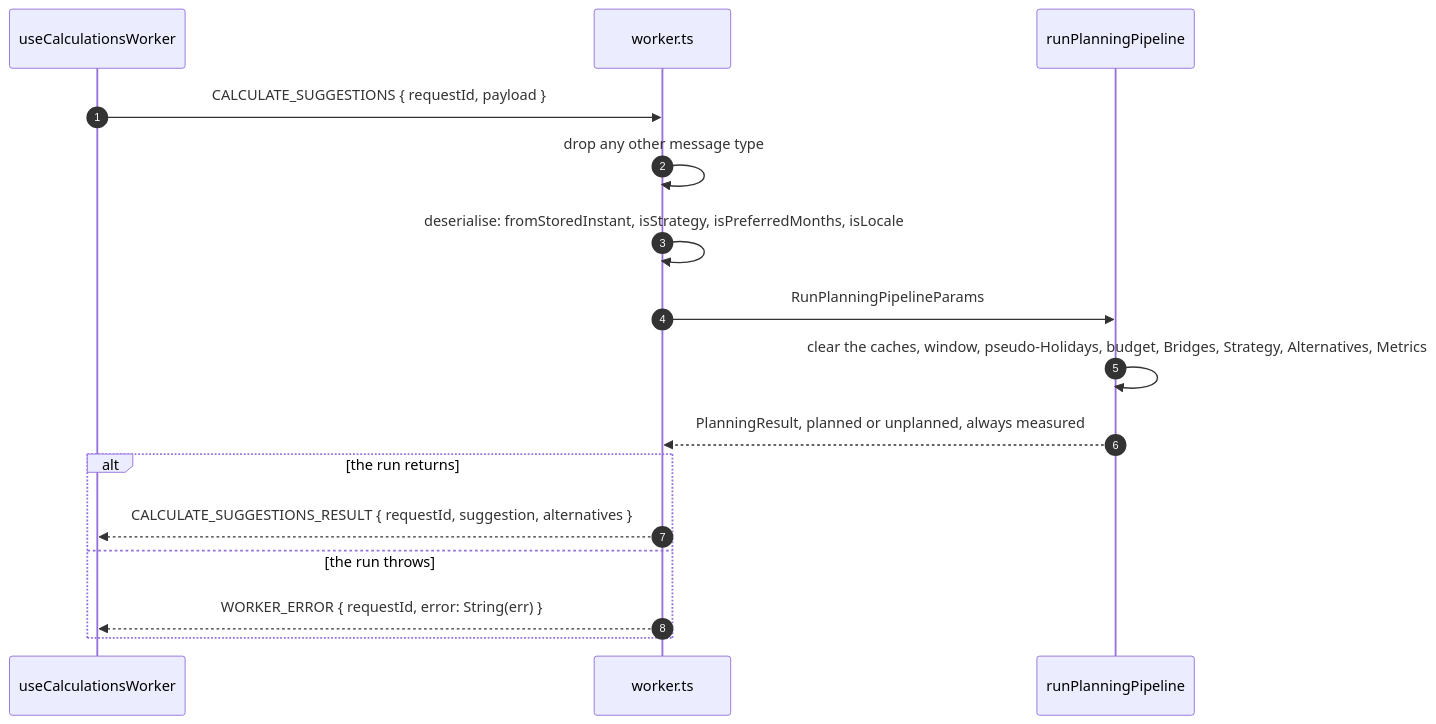
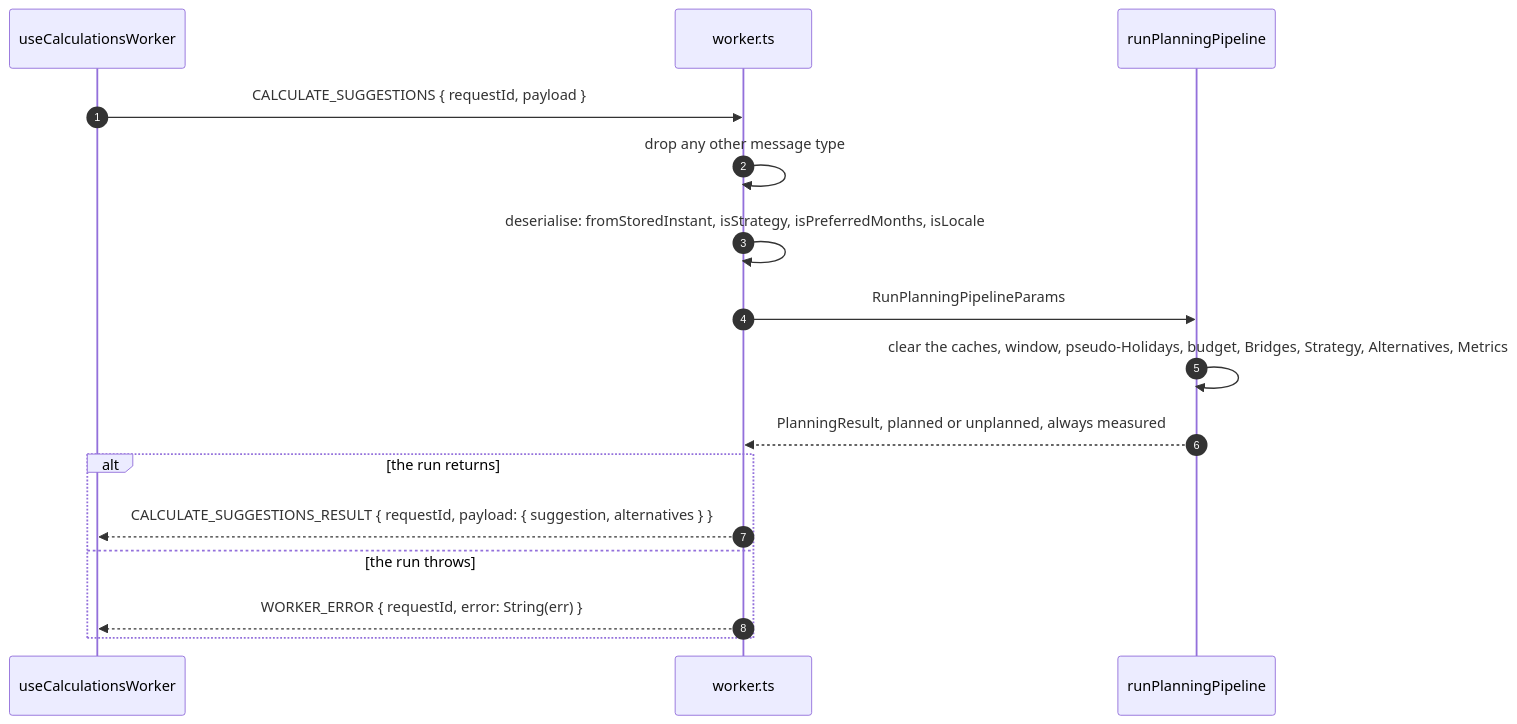
One commit to fbuireu/forever-pto changed the third of 3 diagrams in apps/docs/src/content/docs/how-it-works/calculation-worker.mdx. Above: the diagram before and after it, drawn with Mermaid. The commit also changed other lines of this file and 21 other files, not shown here.

````diff
--- a/apps/docs/src/content/docs/how-it-works/calculation-worker.mdx
+++ b/apps/docs/src/content/docs/how-it-works/calculation-worker.mdx
@@ -111,23 +114,23 @@
 ```mermaid
 ---
 config:
   look: handDrawn
   layout: dagre
 ---
 sequenceDiagram
   autonumber
   participant HK as useCalculationsWorker
   participant WK as worker.ts
   participant PL as runPlanningPipeline
   HK->>WK: CALCULATE_SUGGESTIONS { requestId, payload }
   WK->>WK: drop any other message type
   WK->>WK: deserialise: fromStoredInstant, isStrategy, isPreferredMonths, isLocale
   WK->>PL: RunPlanningPipelineParams
   PL->>PL: clear the caches, window, pseudo-Holidays, budget, Bridges, Strategy, Alternatives, Metrics
   PL-->>WK: PlanningResult, planned or unplanned, always measured
   alt the run returns
-    WK-->>HK: CALCULATE_SUGGESTIONS_RESULT { requestId, suggestion, alternatives }
+    WK-->>HK: CALCULATE_SUGGESTIONS_RESULT { requestId, payload: { suggestion, alternatives } }
   else the run throws
     WK-->>HK: WORKER_ERROR { requestId, error: String(err) }
   end
 ```
````
